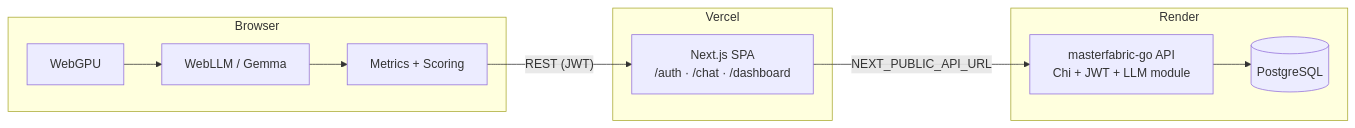
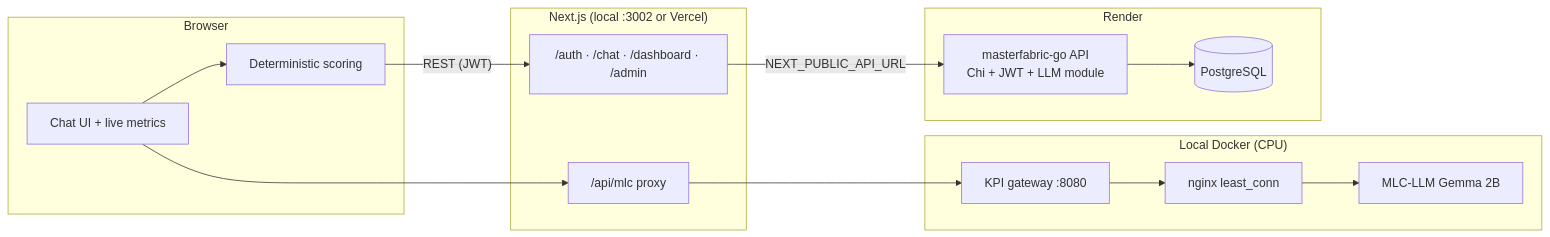
One commit to ayse-solmaz/llm-monitoring-app changed the diagram in docs/API.md. Above: the diagram before and after it, drawn with Mermaid. The commit also changed other lines of this file and 23 other files, not shown here.

````diff
--- a/docs/API.md
+++ b/docs/API.md
@@ -5,23 +5,31 @@
 ```mermaid
 flowchart LR
   subgraph Browser["Browser"]
-    WebGPU["WebGPU"]
-    WebLLM["WebLLM / Gemma"]
-    Metrics["Metrics + Scoring"]
+    ChatUI["Chat UI + live metrics"]
+    Scoring["Deterministic scoring"]
   end
 
-  subgraph Vercel["Vercel"]
-    NextJS["Next.js SPA<br/>/auth · /chat · /dashboard"]
+  subgraph Next["Next.js (local :3002 or Vercel)"]
+    SPA["/auth · /chat · /dashboard · /admin"]
+    Proxy["/api/mlc proxy"]
+  end
+
+  subgraph LocalDocker["Local Docker (CPU)"]
+    GW["KPI gateway :8080"]
+    Nginx["nginx least_conn"]
+    MLC["MLC-LLM Gemma 2B"]
   end
 
   subgraph Render["Render"]
     GoAPI["masterfabric-go API<br/>Chi + JWT + LLM module"]
     Postgres[("PostgreSQL")]
   end
 
-  WebGPU --> WebLLM
-  WebLLM --> Metrics
-  Metrics -->|"REST (JWT)"| NextJS
-  NextJS -->|"NEXT_PUBLIC_API_URL"| GoAPI
+  ChatUI --> Proxy
+  Proxy --> GW
+  GW --> Nginx --> MLC
+  ChatUI --> Scoring
+  Scoring -->|"REST (JWT)"| SPA
+  SPA -->|"NEXT_PUBLIC_API_URL"| GoAPI
   GoAPI --> Postgres
 ```
````
